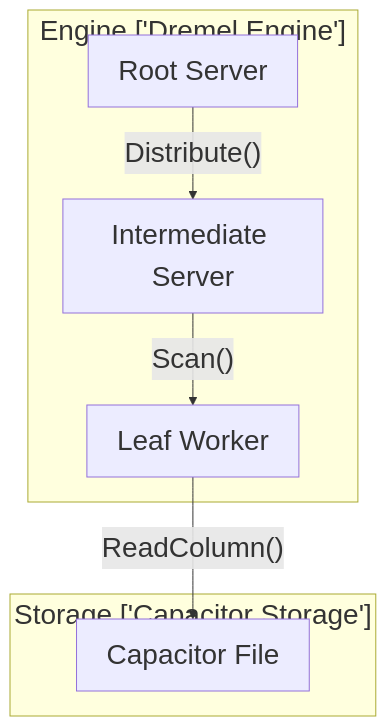
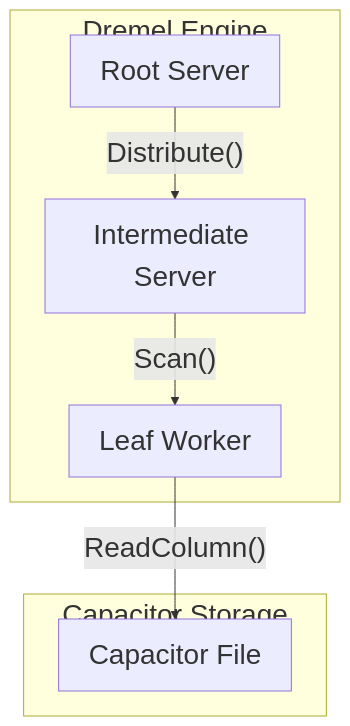
One commit to j4flmao/agent-skills changed the diagram in skills/cloud-native/gcp-bigquery/SKILL.md. Above: the diagram before and after it, drawn with Mermaid. The commit also changed 38 other files, not shown here.

Commit message:
style(skills): Add padding to Mermaid subgraphs to prevent label overlap with nodes

````diff
--- a/skills/cloud-native/gcp-bigquery/SKILL.md
+++ b/skills/cloud-native/gcp-bigquery/SKILL.md
@@ -7,11 +7,11 @@
 ```mermaid
 %%{init: {"theme": "default", "themeVariables": {"fontSize": "28px"}, "flowchart": {"useMaxWidth": false}}}%%
 flowchart TD
-    subgraph EngineDremelEngine ["Engine ['Dremel Engine']"]
+    subgraph EngineDremelEngine ["Dremel Engine<br/>"]
         A[Root Server] -->|"Distribute()"| B[Intermediate Server]
         B -->|"Scan()"| C[Leaf Worker]
     end
-    subgraph StorageCapacitorStorage ["Storage ['Capacitor Storage']"]
+    subgraph StorageCapacitorStorage ["Capacitor Storage<br/>"]
         C -->|"ReadColumn()"| D[Capacitor File]
     end
 ```
````
